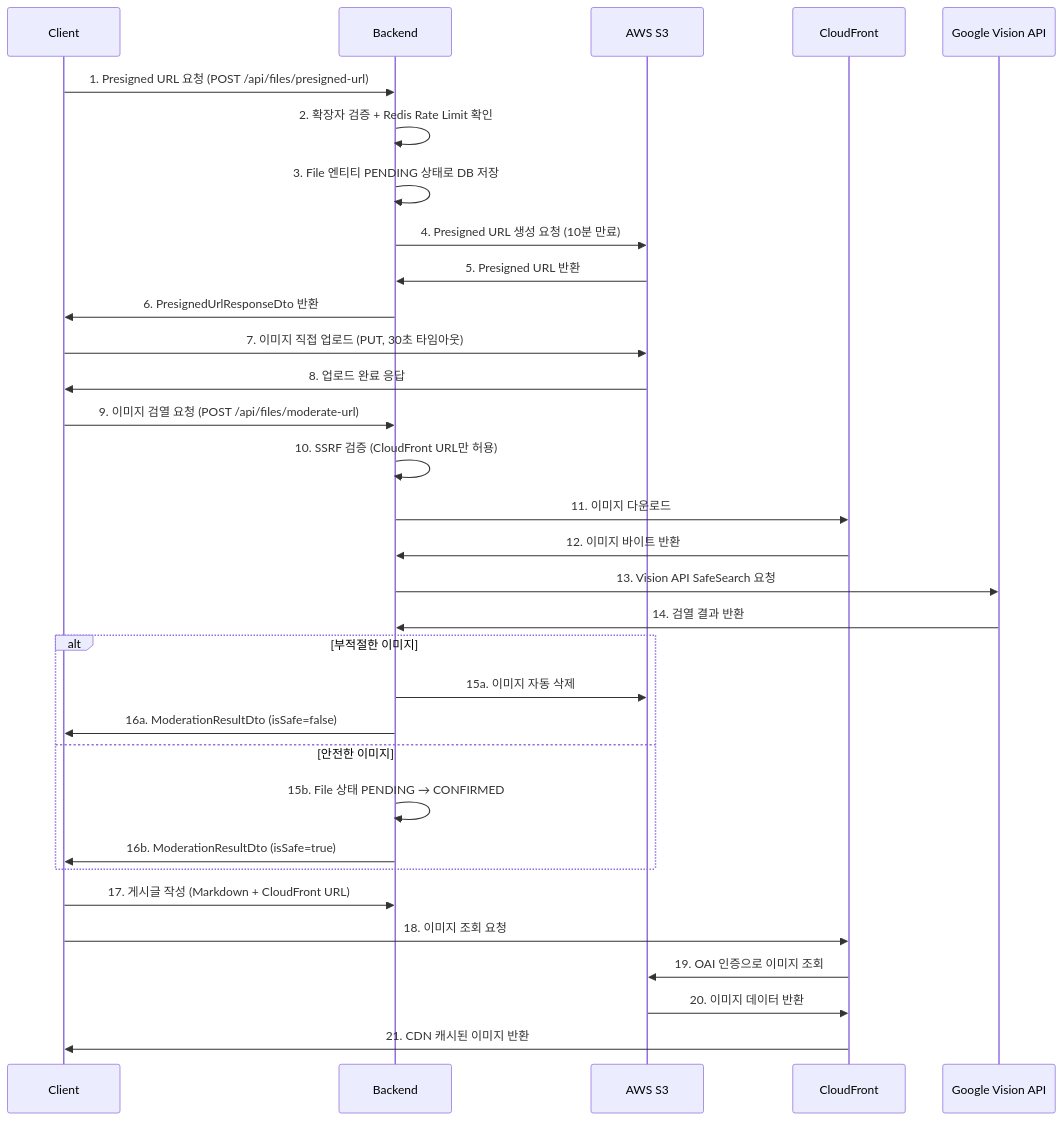
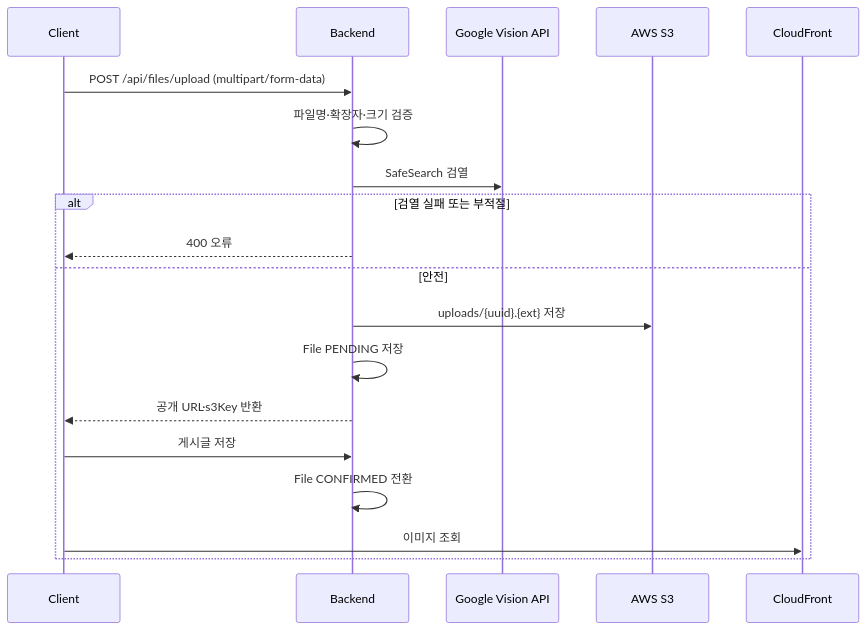
Before and after one commit to Iusto/byeolnight: the diagram in docs/11_image-upload-pipeline.md, drawn with Mermaid. The commit also changed other lines of this file and 47 other files, not shown here.

````diff
--- a/docs/11_image-upload-pipeline.md
+++ b/docs/11_image-upload-pipeline.md
@@ -18,39 +7,22 @@
 ```mermaid
 sequenceDiagram
     participant C as Client
     participant B as Backend
+    participant GV as Google Vision API
     participant S3 as AWS S3
     participant CF as CloudFront
-    participant GV as Google Vision API
 
-    C->>B: 1. Presigned URL 요청 (POST /api/files/presigned-url)
-    B->>B: 2. 확장자 검증 + Redis Rate Limit 확인
-    B->>B: 3. File 엔티티 PENDING 상태로 DB 저장
-    B->>S3: 4. Presigned URL 생성 요청 (10분 만료)
-    S3->>B: 5. Presigned URL 반환
-    B->>C: 6. PresignedUrlResponseDto 반환
-
-    C->>S3: 7. 이미지 직접 업로드 (PUT, 30초 타임아웃)
-    S3->>C: 8. 업로드 완료 응답
-
-    C->>B: 9. 이미지 검열 요청 (POST /api/files/moderate-url)
-    B->>B: 10. SSRF 검증 (CloudFront URL만 허용)
-    B->>CF: 11. 이미지 다운로드
-    CF->>B: 12. 이미지 바이트 반환
-    B->>GV: 13. Vision API SafeSearch 요청
-    GV->>B: 14. 검열 결과 반환
-
-    alt 부적절한 이미지
-        B->>S3: 15a. 이미지 자동 삭제
-        B->>C: 16a. ModerationResultDto (isSafe=false)
-    else 안전한 이미지
-        B->>B: 15b. File 상태 PENDING → CONFIRMED
-        B->>C: 16b. ModerationResultDto (isSafe=true)
+    C->>B: POST /api/files/upload (multipart/form-data)
+    B->>B: 파일명·확장자·크기 검증
+    B->>GV: SafeSearch 검열
+    alt 검열 실패 또는 부적절
+        B-->>C: 400 오류
+    else 안전
+        B->>S3: uploads/{uuid}.{ext} 저장
+        B->>B: File PENDING 저장
+        B-->>C: 공개 URL·s3Key 반환
+        C->>B: 게시글 저장
+        B->>B: File CONFIRMED 전환
+        C->>CF: 이미지 조회
     end
-
-    C->>B: 17. 게시글 작성 (Markdown + CloudFront URL)
-    C->>CF: 18. 이미지 조회 요청
-    CF->>S3: 19. OAI 인증으로 이미지 조회
-    S3->>CF: 20. 이미지 데이터 반환
-    CF->>C: 21. CDN 캐시된 이미지 반환
 ```
````
